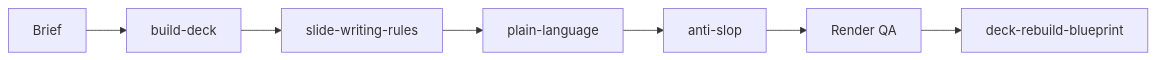
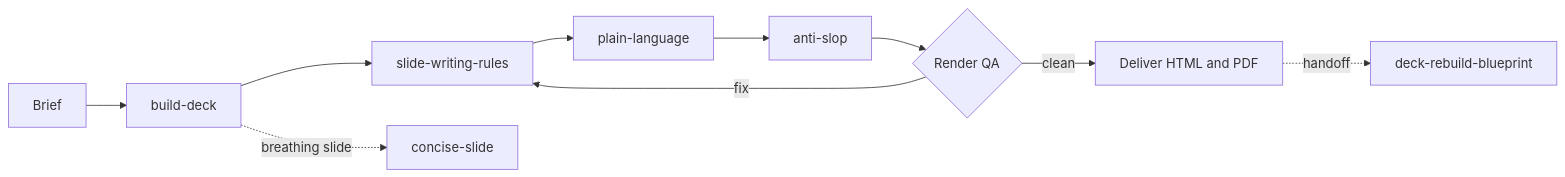
The diagram in README.md (Benyoumen/pm-deck-and-writing-skills), drawn with Mermaid before and after one commit. The commit also changed other lines of this file and 14 other files, not shown here.

````diff
--- a/README.md
+++ b/README.md
@@ -20,6 +34,12 @@
 ```mermaid
 flowchart LR
-    A[Brief] --> B[build-deck] --> C[slide-writing-rules]
-    C --> D[plain-language] --> E[anti-slop] --> F[Render QA]
-    F --> G[deck-rebuild-blueprint]
+    A[Brief] --> B[build-deck]
+    B --> C[slide-writing-rules]
+    C --> D[plain-language]
+    D --> E[anti-slop]
+    E --> F{Render QA}
+    F -- fix --> C
+    F -- clean --> G[Deliver HTML and PDF]
+    G -. handoff .-> H[deck-rebuild-blueprint]
+    B -. breathing slide .-> I[concise-slide]
 ```
````
